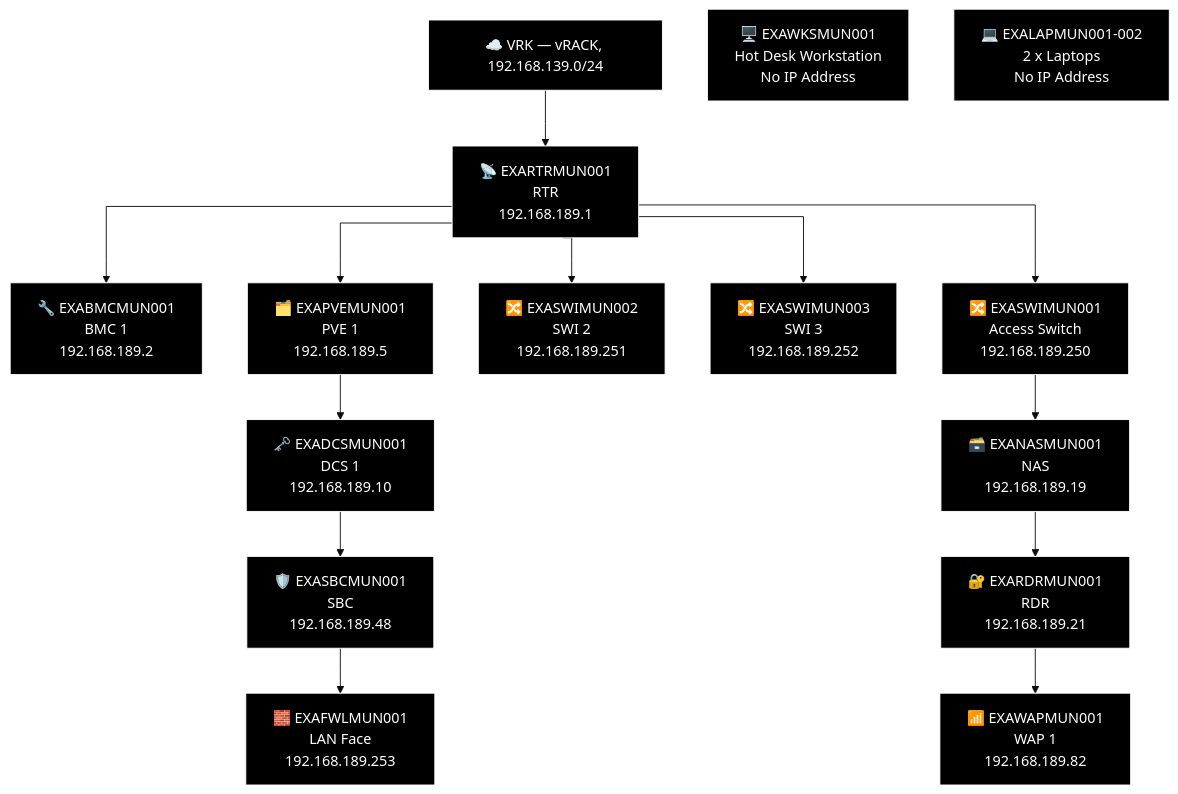
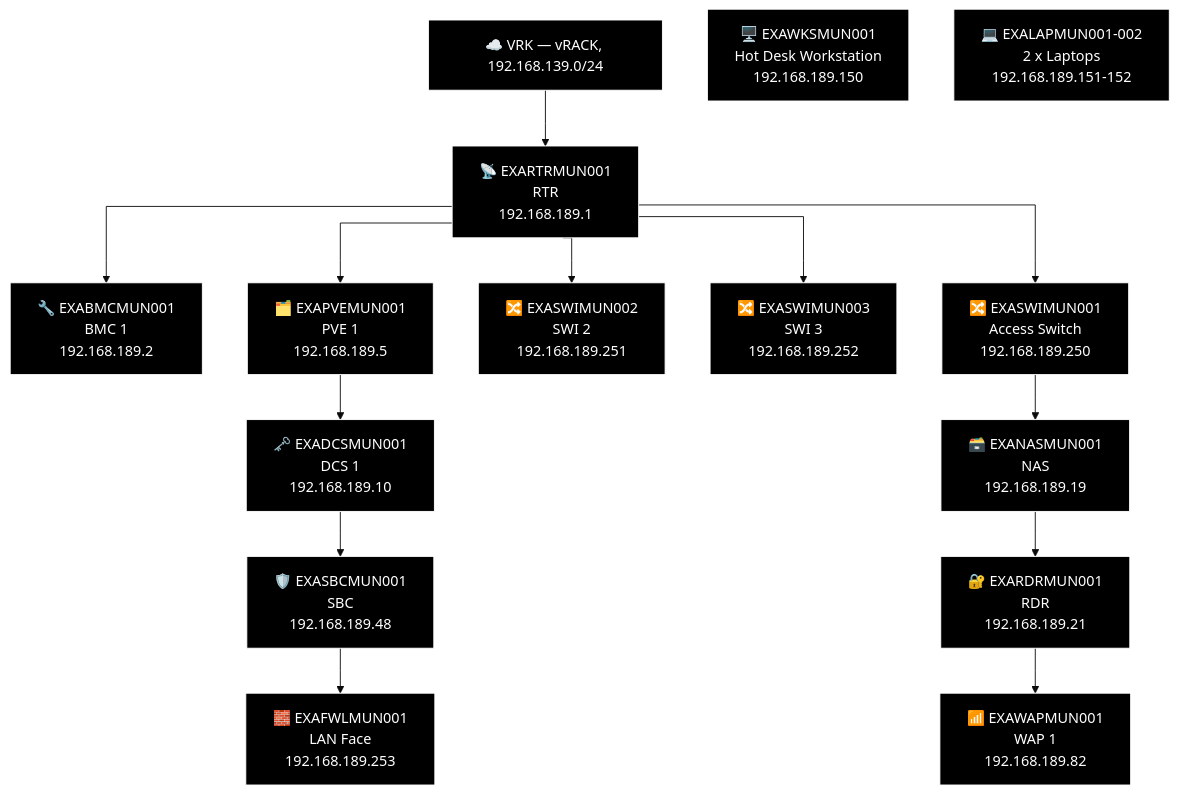
The ninth of 13 diagrams in docs/network-diagram/deutschland.md (knightmare2600/example_music_infra), drawn with Mermaid (base theme) before and after one commit. The commit also changed other lines of this file and 11 other files, not shown here.

````diff
--- a/docs/network-diagram/deutschland.md
+++ b/docs/network-diagram/deutschland.md
@@ -352,44 +352,44 @@
 ```mermaid
 %% GENERATED:TOPOLOGY:MUN:START
 %%{init: {'flowchart': {'curve': 'stepAfter'}}}%%
 graph TD
     T_VRK["☁️ VRK — vRACK, 192.168.139.0/24"]
     T_RTR["📡 EXARTRMUN001<br/>RTR<br/>192.168.189.1"]
     T_VRK --> T_RTR
     T_BMC["🔧 EXABMCMUN001<br/>BMC 1<br/>192.168.189.2"]
     T_RTR --> T_BMC
     T_PVE["🗂️ EXAPVEMUN001<br/>PVE 1<br/>192.168.189.5"]
     T_RTR --> T_PVE
     T_SWI["🔀 EXASWIMUN002<br/>SWI 2<br/>192.168.189.251"]
     T_RTR --> T_SWI
     T_SWI2["🔀 EXASWIMUN003<br/>SWI 3<br/>192.168.189.252"]
     T_RTR --> T_SWI2
     T_SWI3["🔀 EXASWIMUN001<br/>Access Switch<br/>192.168.189.250"]
     T_RTR --> T_SWI3
     T_NAS["🗃️ EXANASMUN001<br/>NAS<br/>192.168.189.19"]
     T_RDR["🔐 EXARDRMUN001<br/>RDR<br/>192.168.189.21"]
     T_WAP["📶 EXAWAPMUN001<br/>WAP 1<br/>192.168.189.82"]
     T_SWI3 --> T_NAS --> T_RDR --> T_WAP
     T_DCS["🗝️ EXADCSMUN001<br/>DCS 1<br/>192.168.189.10"]
     T_SBC["🛡️ EXASBCMUN001<br/>SBC<br/>192.168.189.48"]
     T_FWL["🧱 EXAFWLMUN001<br/>LAN Face<br/>192.168.189.253"]
     T_PVE --> T_DCS --> T_SBC --> T_FWL
-    T_WKS["🖥️ EXAWKSMUN001<br/>Hot Desk Workstation<br/>No IP Address"]
-    T_OTH_LAP["💻 EXALAPMUN001-002<br/>2 x Laptops<br/>No IP Address"]
+    T_WKS["🖥️ EXAWKSMUN001<br/>Hot Desk Workstation<br/>192.168.189.150"]
+    T_OTH_LAP["💻 EXALAPMUN001-002<br/>2 x Laptops<br/>192.168.189.151-152"]
     style T_VRK fill:#000000,stroke:#FFFFFF,color:#FFFFFF
     style T_RTR fill:#000000,stroke:#FFFFFF,color:#FFFFFF
     style T_BMC fill:#000000,stroke:#FFFFFF,color:#FFFFFF
     style T_PVE fill:#000000,stroke:#FFFFFF,color:#FFFFFF
     style T_SWI fill:#000000,stroke:#FFFFFF,color:#FFFFFF
     style T_SWI2 fill:#000000,stroke:#FFFFFF,color:#FFFFFF
     style T_SWI3 fill:#000000,stroke:#FFFFFF,color:#FFFFFF
     style T_NAS fill:#000000,stroke:#FFFFFF,color:#FFFFFF
     style T_RDR fill:#000000,stroke:#FFFFFF,color:#FFFFFF
     style T_WAP fill:#000000,stroke:#FFFFFF,color:#FFFFFF
     style T_DCS fill:#000000,stroke:#FFFFFF,color:#FFFFFF
     style T_SBC fill:#000000,stroke:#FFFFFF,color:#FFFFFF
     style T_FWL fill:#000000,stroke:#FFFFFF,color:#FFFFFF
     style T_WKS fill:#000000,stroke:#FFFFFF,color:#FFFFFF
     style T_OTH_LAP fill:#000000,stroke:#FFFFFF,color:#FFFFFF
 %% GENERATED:TOPOLOGY:MUN:END
 ```
````
